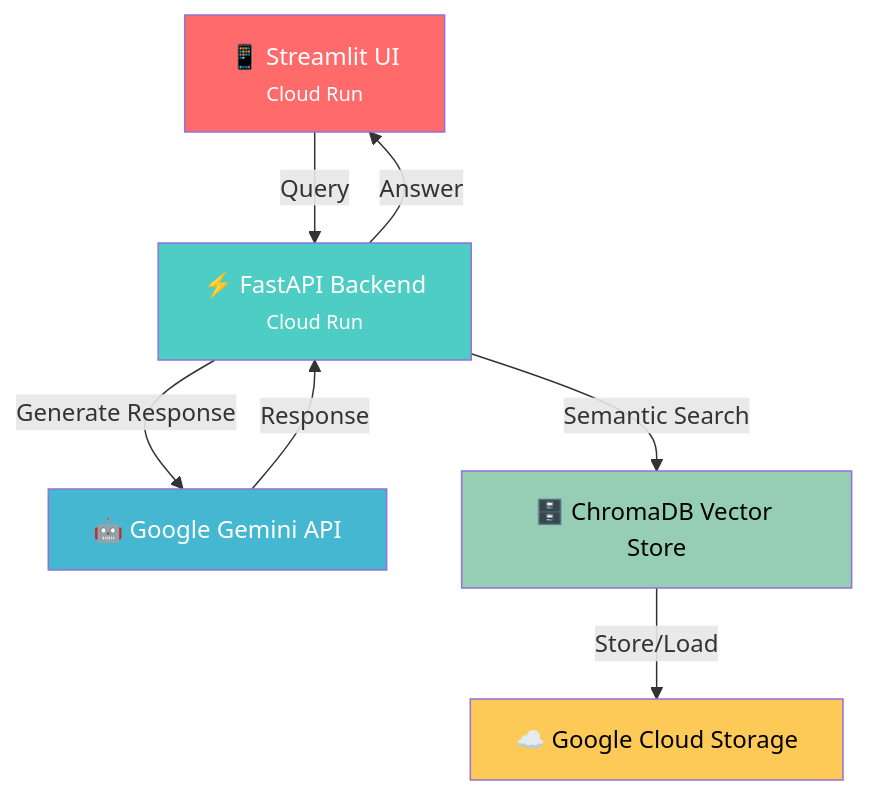
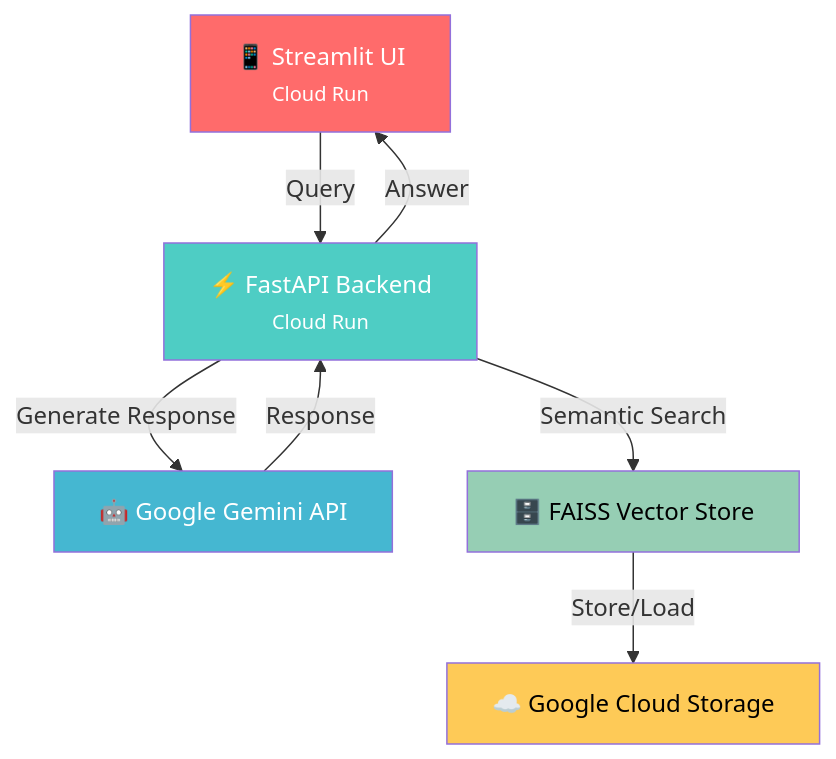
One commit to shravani-01/rag-document-assistant-ui changed the diagram in README.md. Above: the diagram before and after it, drawn with Mermaid.

````diff
--- a/README.md
+++ b/README.md
@@ -26,15 +26,15 @@
 ```mermaid
 flowchart TD
     A[📱 Streamlit UI<br/><small>Cloud Run</small>] -->|Query| B[⚡ FastAPI Backend<br/><small>Cloud Run</small>]
     B -->|Generate Response| C[🤖 Google Gemini API]
-    B -->|Semantic Search| D[🗄️ ChromaDB Vector Store]
+    B -->|Semantic Search| D[🗄️ FAISS Vector Store]
     D -->|Store/Load| E[☁️ Google Cloud Storage]
     C -->|Response| B
     B -->|Answer| A
     
     style A fill:#ff6b6b,color:#fff
     style B fill:#4ecdc4,color:#fff
     style C fill:#45b7d1,color:#fff
     style D fill:#96ceb4,color:#000
     style E fill:#feca57,color:#000
 ```
````
